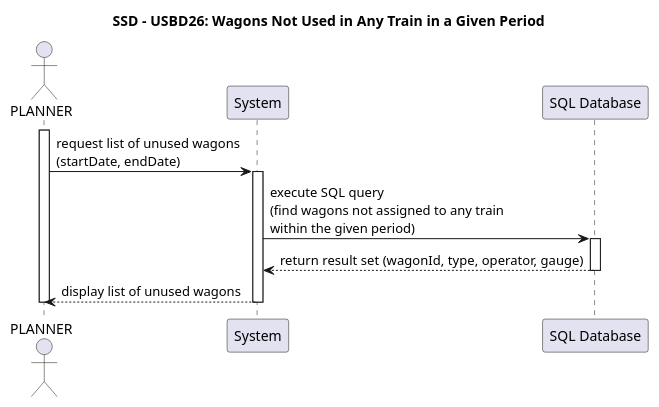
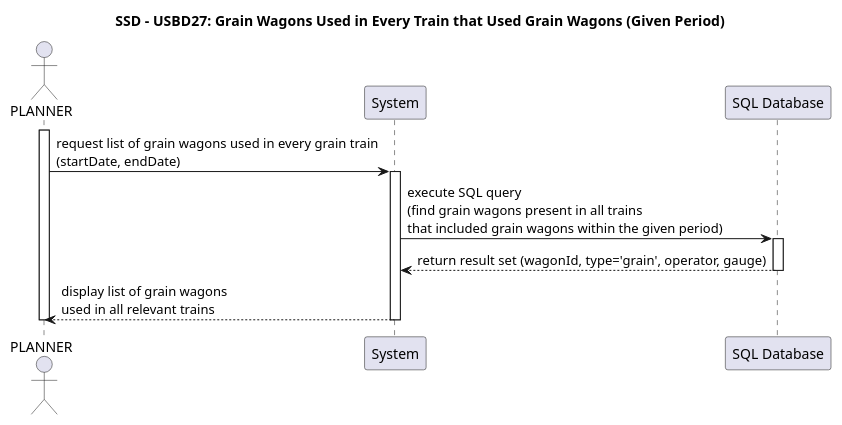
One commit to DuartePinto1240/sem3-pi-25-26-g013-repo_final changed the diagram in doc/Sprint2/USBD/USBD27/requirements/puml/SSD.puml. Above: the diagram before and after it, drawn with PlantUML. The commit also changed 21 other files, not shown here.

Commit message:
Add SSD's to USBD27 & USEI10

```diff
--- a/doc/Sprint2/USBD/USBD27/requirements/puml/SSD.puml
+++ b/doc/Sprint2/USBD/USBD27/requirements/puml/SSD.puml
@@ -1,23 +1,23 @@
-@startuml USBD26-SSD
-title SSD - USBD26: Wagons Not Used in Any Train in a Given Period
+@startuml USBD27-SSD
+title SSD - USBD27: Grain Wagons Used in Every Train that Used Grain Wagons (Given Period)
 
 actor PLANNER
 participant "System" as APP
 participant "SQL Database" as DB
 
 activate PLANNER
 
-PLANNER -> APP : request list of unused wagons\n(startDate, endDate)
+PLANNER -> APP : request list of grain wagons used in every grain train\n(startDate, endDate)
 activate APP
 
-APP -> DB : execute SQL query\n(find wagons not assigned to any train\nwithin the given period)
+APP -> DB : execute SQL query\n(find grain wagons present in all trains\nthat included grain wagons within the given period)
 activate DB
 
-DB --> APP : return result set (wagonId, type, operator, gauge)
+DB --> APP : return result set (wagonId, type='grain', operator, gauge)
 deactivate DB
 
-APP --> PLANNER : display list of unused wagons
+APP --> PLANNER : display list of grain wagons\nused in all relevant trains
 deactivate APP
 
 deactivate PLANNER
 @enduml
```
